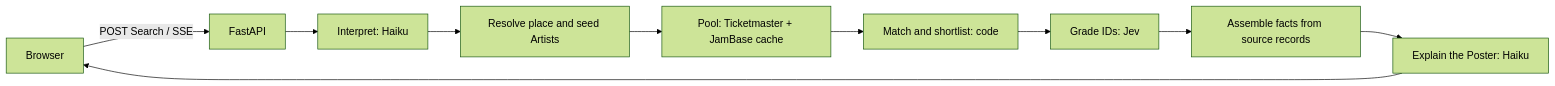
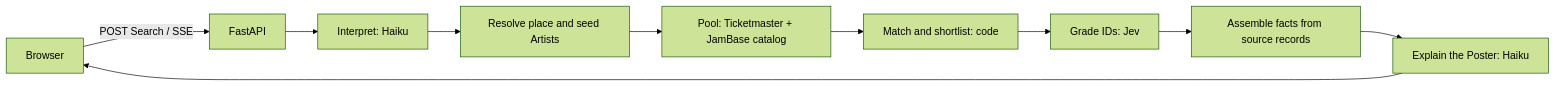
Before and after one commit to athervvidhate/ConcertScout: the diagram in README.md, drawn with Mermaid (forest theme). The commit also changed other lines of this file and 20 other files, not shown here.

First line of the commit message:
Sync a national JamBase catalog and resolve its Artists in MusicBrainz

````diff
--- a/README.md
+++ b/README.md
@@ -13,12 +13,12 @@
 ```mermaid
 flowchart LR
     B[Browser] -->|POST Search / SSE| A[FastAPI]
     A --> I[Interpret: Haiku]
     I --> R[Resolve place and seed Artists]
-    R --> P[Pool: Ticketmaster + JamBase cache]
+    R --> P[Pool: Ticketmaster + JamBase catalog]
     P --> M[Match and shortlist: code]
     M --> K[Grade IDs: Jev]
     K --> S[Assemble facts from source records]
     S --> E[Explain the Poster: Haiku]
     E --> B
 ```
````
